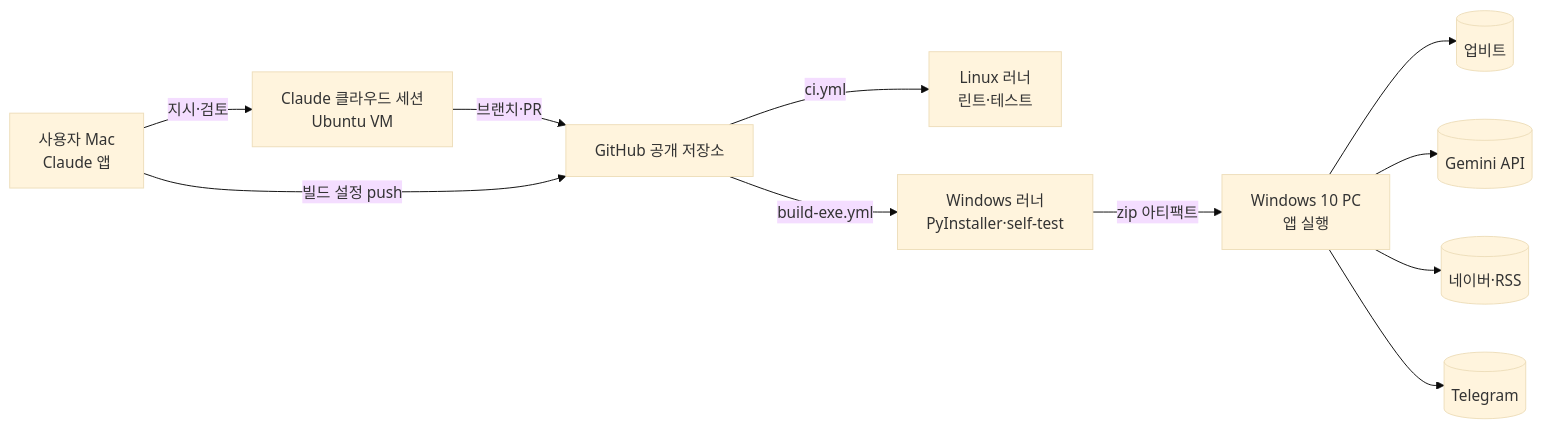
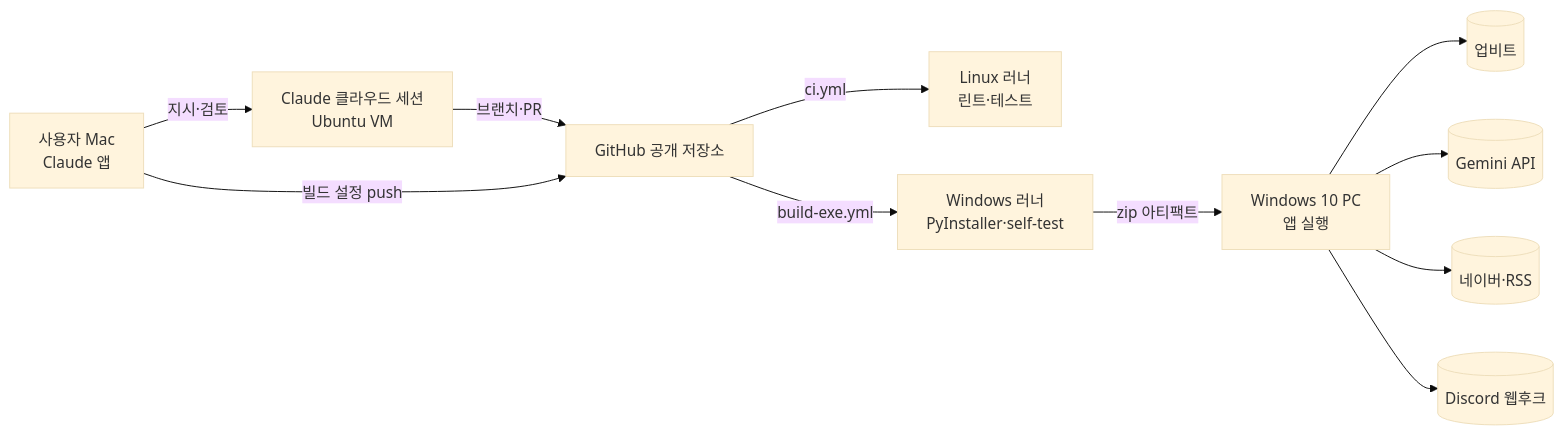
One commit to khy920723/upbit-autotrader changed the first of 2 diagrams in docs/06-architecture/system-architecture.md. Above: the diagram before and after it, drawn with Mermaid (base theme). The commit also changed other lines of this file and 26 other files, not shown here.

````diff
--- a/docs/06-architecture/system-architecture.md
+++ b/docs/06-architecture/system-architecture.md
@@ -7,13 +7,13 @@
 ```mermaid
 flowchart LR
     U["사용자 Mac<br/>Claude 앱"] -- 지시·검토 --> C["Claude 클라우드 세션<br/>Ubuntu VM"]
     C -- 브랜치·PR --> G[GitHub 공개 저장소]
     U -- 빌드 설정 push --> G
     G -- ci.yml --> L["Linux 러너<br/>린트·테스트"]
     G -- build-exe.yml --> W["Windows 러너<br/>PyInstaller·self-test"]
     W -- zip 아티팩트 --> P["Windows 10 PC<br/>앱 실행"]
     P --> UP[(업비트)]
     P --> GM[(Gemini API)]
     P --> NV[(네이버·RSS)]
-    P --> TG[(Telegram)]
+    P --> DC[(Discord 웹후크)]
 ```
````
